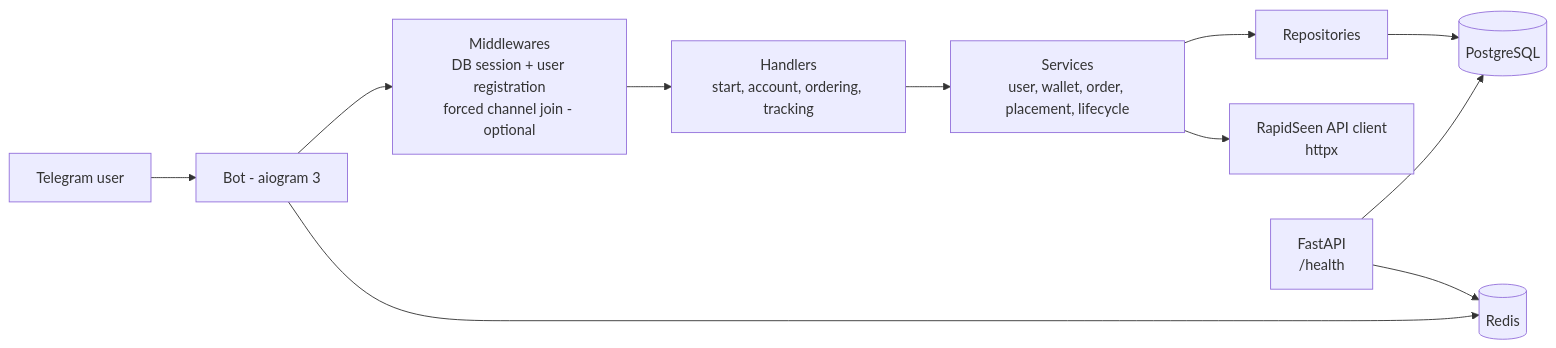
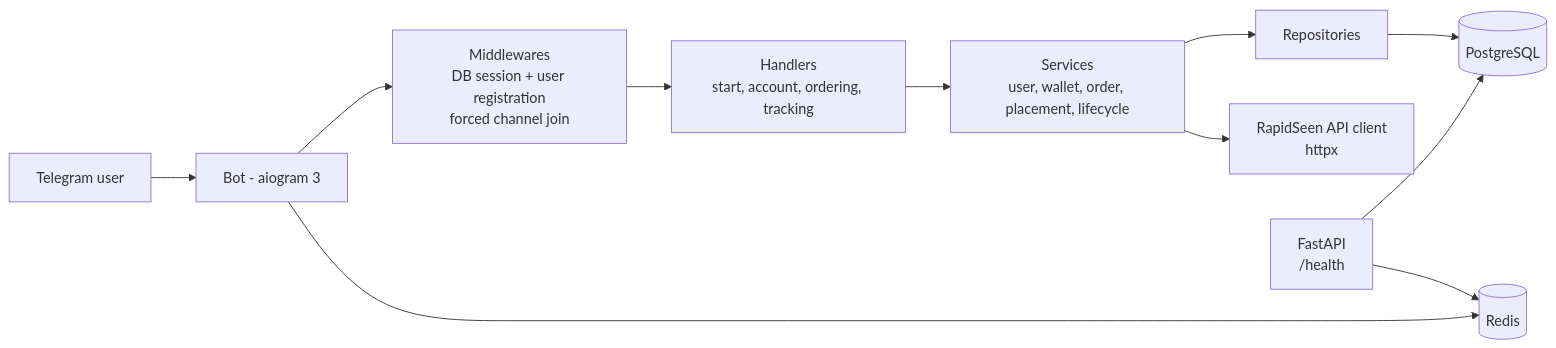
One commit to ftharir/telegram-services-platform changed the first of 2 diagrams in docs/architecture.md. Above: the diagram before and after it, drawn with Mermaid. The commit also changed other lines of this file and 4 other files, not shown here.

````diff
--- a/docs/architecture.md
+++ b/docs/architecture.md
@@ -5,13 +5,13 @@
 ```mermaid
 flowchart LR
     U[Telegram user] --> B[Bot - aiogram 3]
-    B --> MW[Middlewares<br>DB session + user registration<br>forced channel join - optional]
+    B --> MW[Middlewares<br>DB session + user registration<br>forced channel join]
     MW --> H[Handlers<br>start, account, ordering, tracking]
     H --> S[Services<br>user, wallet, order, placement, lifecycle]
     S --> R[Repositories]
     R --> PG[(PostgreSQL)]
     B --> RD[(Redis)]
     S --> RS[RapidSeen API client<br>httpx]
     W[FastAPI<br>/health] --> PG
     W --> RD
 ```
````
